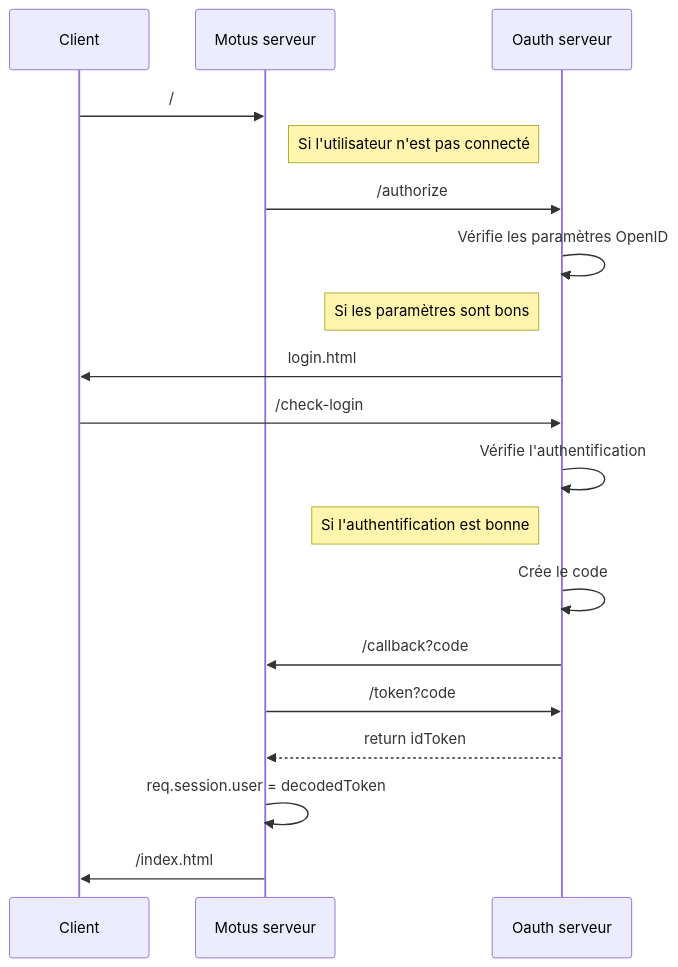
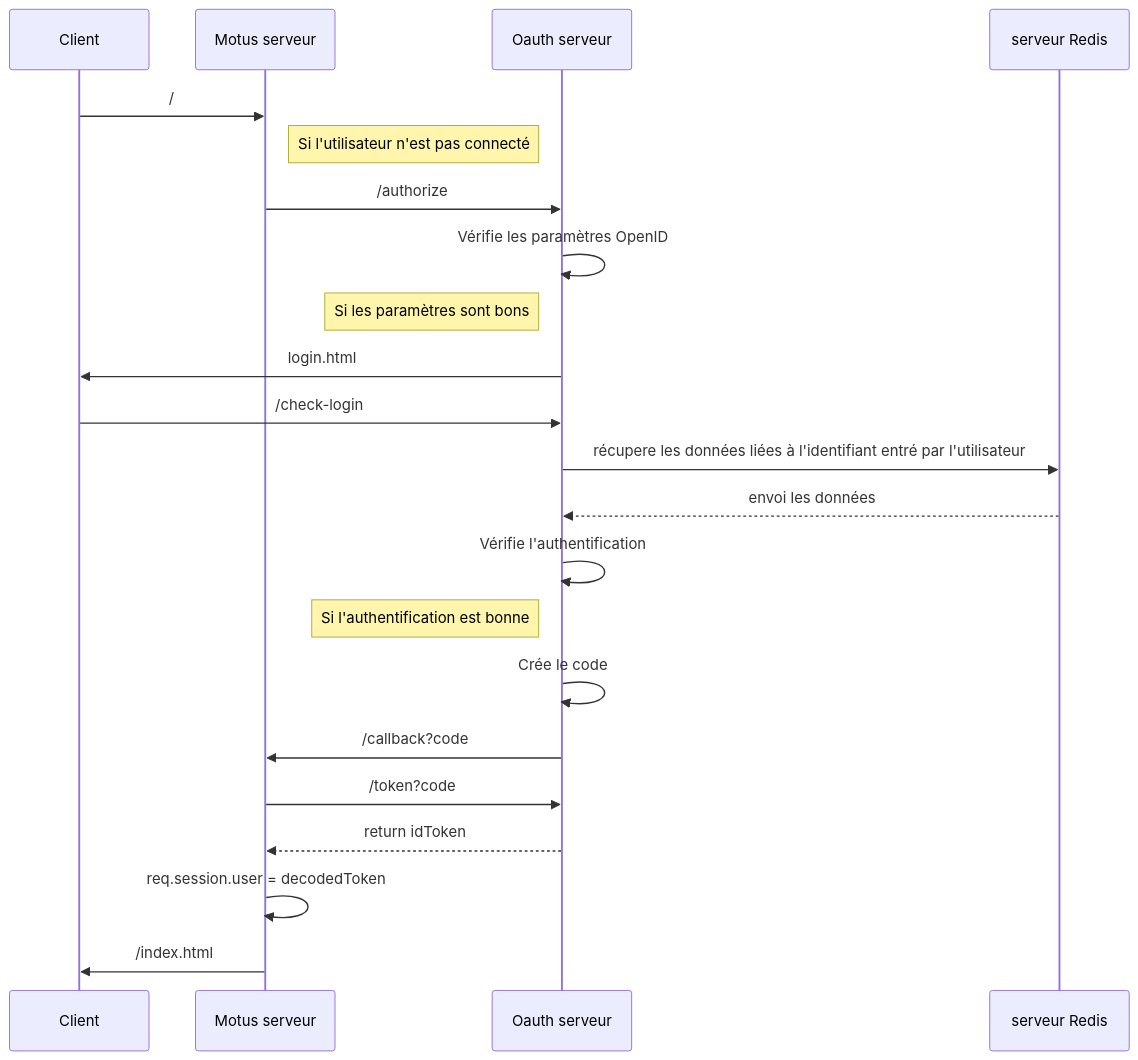
The second of 2 diagrams in README.md (ThomasMetral/Microservices), drawn with Mermaid before and after one commit.

````diff
--- a/README.md
+++ b/README.md
@@ -51,18 +51,20 @@
 ```mermaid
 sequenceDiagram
     Client ->> Motus serveur: /
     Note right of Motus serveur: Si l'utilisateur n'est pas connecté
     Motus serveur ->> Oauth serveur: /authorize
     Oauth serveur ->> Oauth serveur: Vérifie les paramètres OpenID
     Note left of Oauth serveur: Si les paramètres sont bons
     Oauth serveur->>Client: login.html
     Client ->> Oauth serveur: /check-login
+    Oauth serveur ->> serveur Redis: récupere les données liées à l'identifiant entré par l'utilisateur
+    serveur Redis -->> Oauth serveur: envoi les données
     Oauth serveur ->> Oauth serveur: Vérifie l'authentification
     Note left of Oauth serveur: Si l'authentification est bonne
     Oauth serveur ->> Oauth serveur: Crée le code
     Oauth serveur ->> Motus serveur : /callback?code
     Motus serveur ->> Oauth serveur: /token?code
     Oauth serveur -->> Motus serveur: return idToken
     Motus serveur ->> Motus serveur: req.session.user = decodedToken
     Motus serveur ->> Client: /index.html
 ```
````
